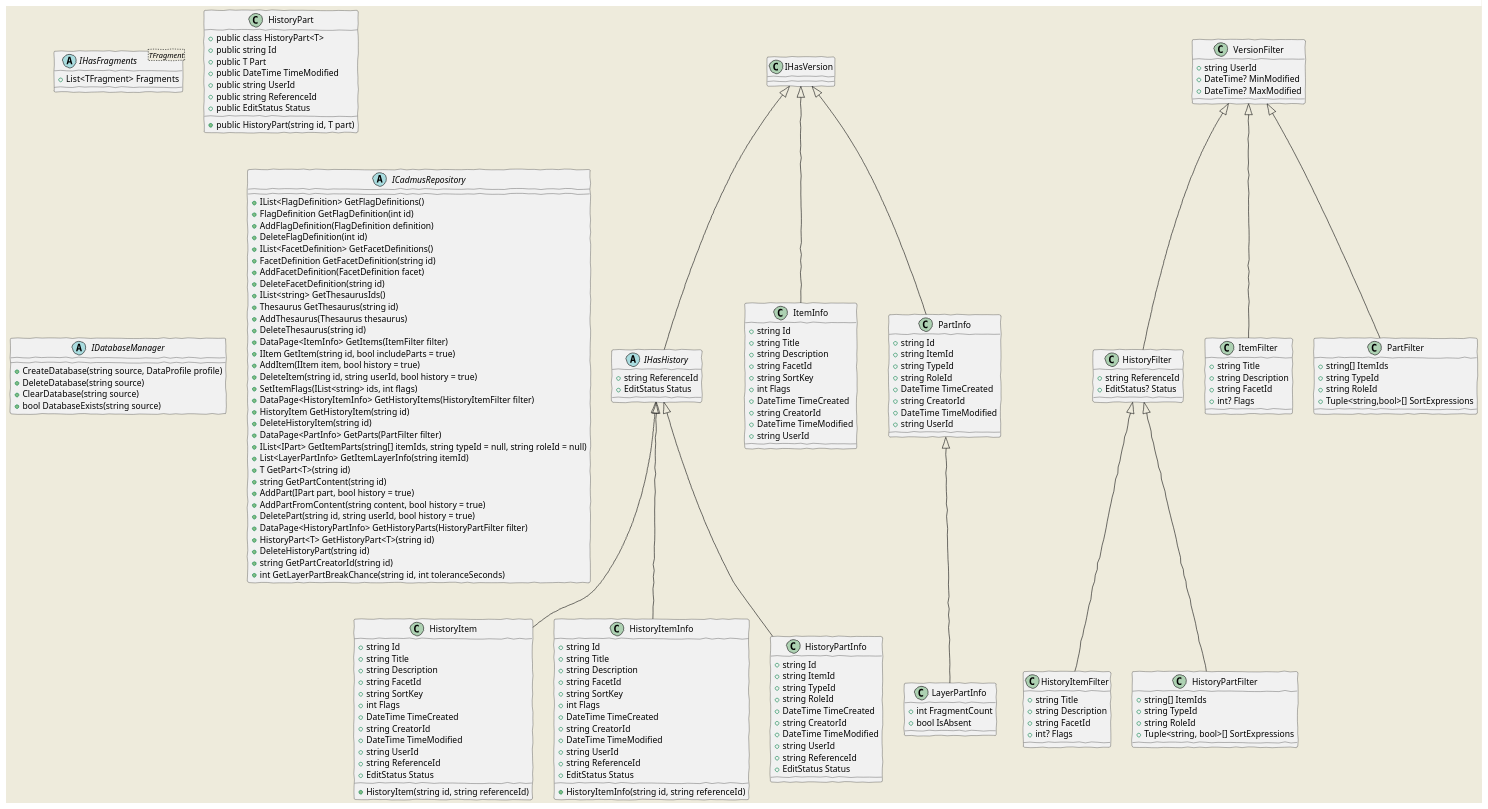
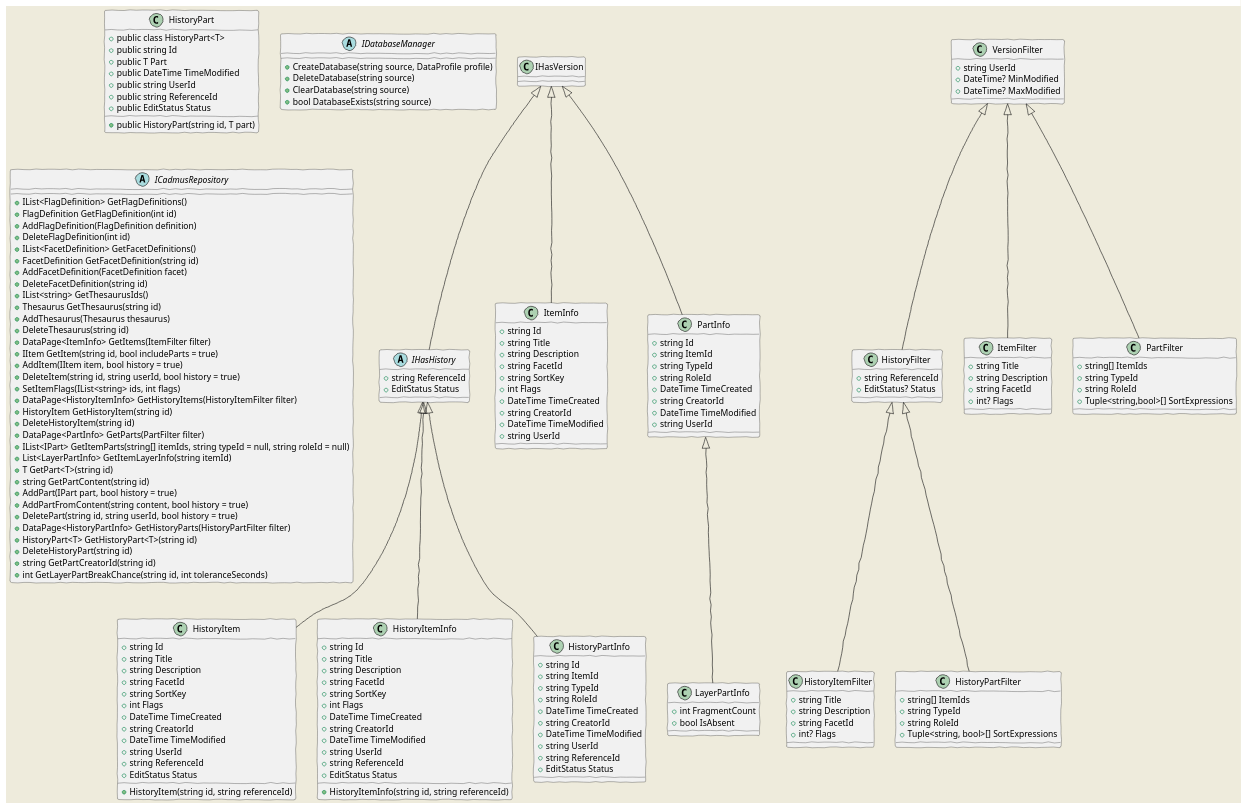
Before and after one commit to vedph/cadmus_core: the fourth of 4 diagrams in Doc/core.md, drawn with PlantUML. The commit also changed other lines of this file and 9 other files, not shown here.

```diff
--- a/Doc/core.md
+++ b/Doc/core.md
@@ -581,9 +598,6 @@
     PartInfo <|-- LayerPartInfo
     LayerPartInfo : +int FragmentCount
     LayerPartInfo : +bool IsAbsent
-
-    abstract class "IHasFragments<TFragment>" as IHasFragmentsT
-    IHasFragmentsT : +List<TFragment> Fragments
 
     IHasHistory <|-- HistoryItem
     HistoryItem : +string Id
```
